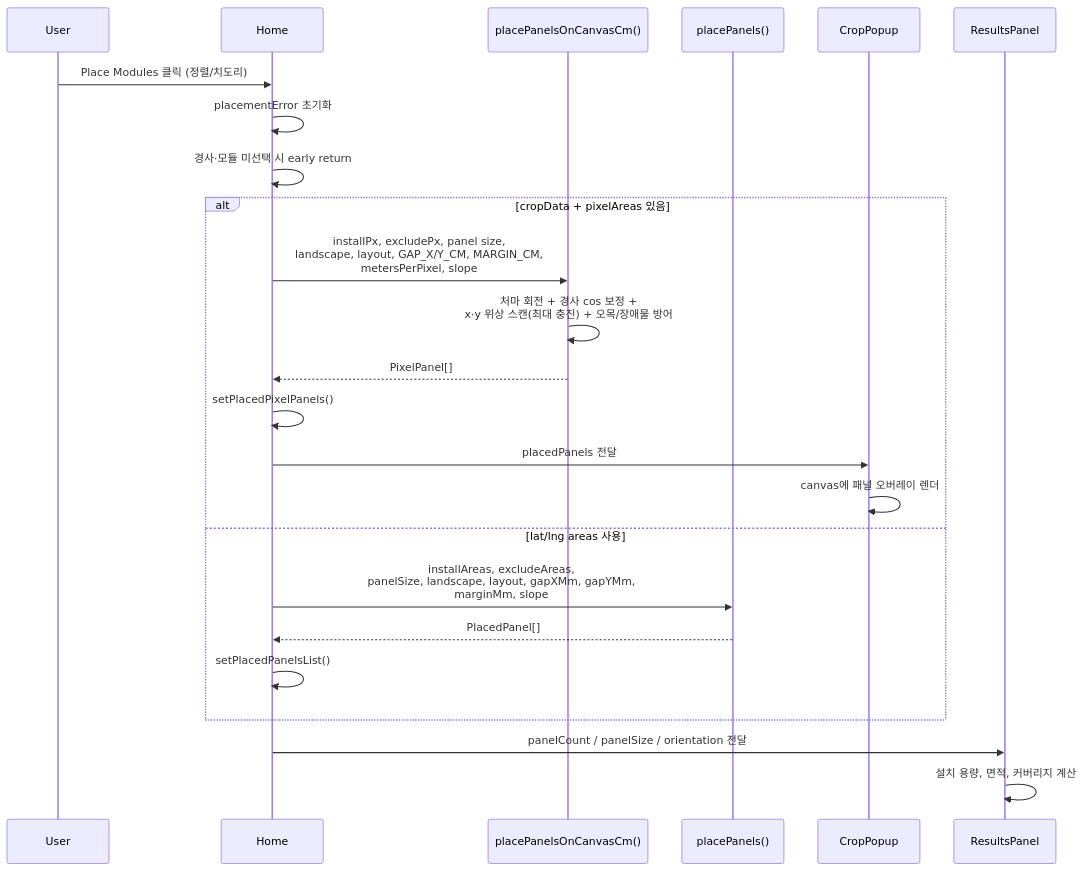
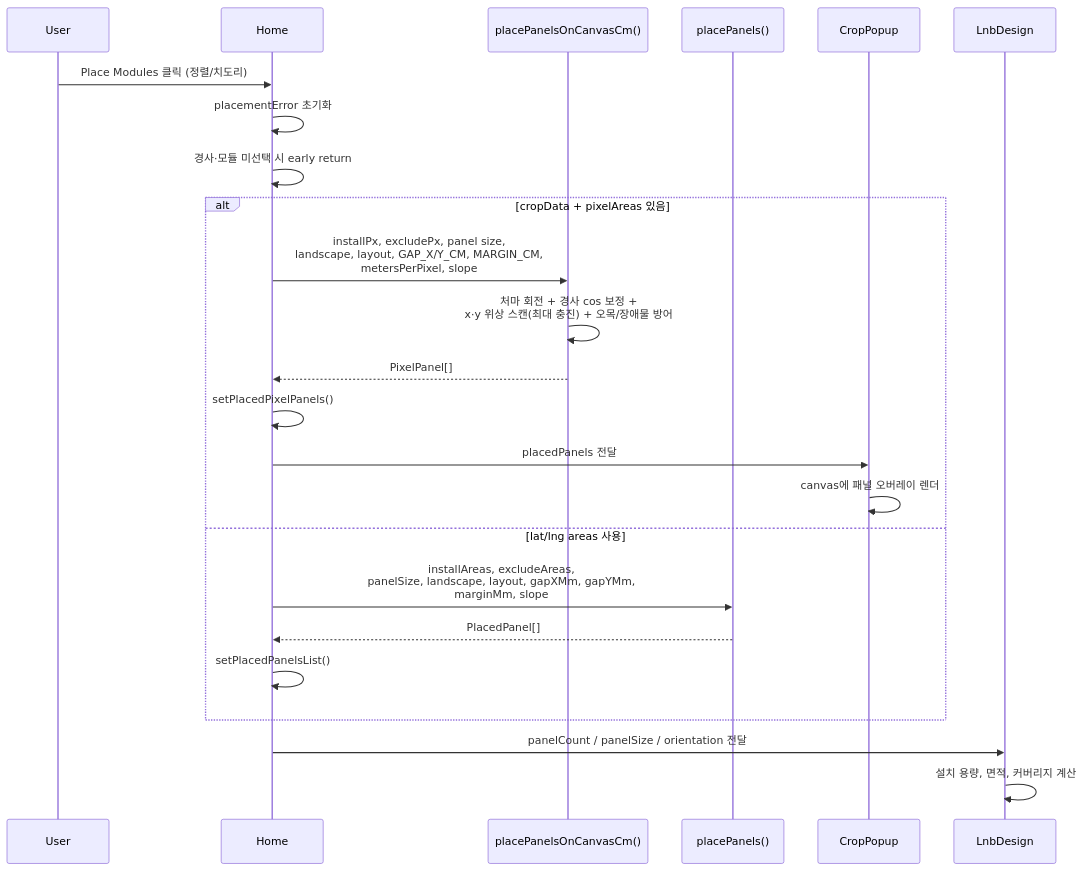
One commit to nalpari/solar-pv-system changed the sixth of 7 diagrams in docs/sequence-diagrams.md. Above: the diagram before and after it, drawn with Mermaid. The commit also changed other lines of this file and 5 other files, not shown here.

````diff
--- a/docs/sequence-diagrams.md
+++ b/docs/sequence-diagrams.md
@@ -128,29 +128,29 @@
 ```mermaid
 sequenceDiagram
     participant U as User
     participant H as Home
     participant PC as placePanelsOnCanvasCm()
     participant PL as placePanels()
     participant CP as CropPopup
-    participant RP as ResultsPanel
+    participant RP as LnbDesign
 
     U->>H: Place Modules 클릭 (정렬/치도리)
     H->>H: placementError 초기화
     H->>H: 경사·모듈 미선택 시 early return
 
     alt cropData + pixelAreas 있음
         H->>PC: installPx, excludePx, panel size,<br/>landscape, layout, GAP_X/Y_CM, MARGIN_CM,<br/>metersPerPixel, slope
         PC->>PC: 처마 회전 + 경사 cos 보정 +<br/>x·y 위상 스캔(최대 충진) + 오목/장애물 방어
         PC-->>H: PixelPanel[]
         H->>H: setPlacedPixelPanels()
         H->>CP: placedPanels 전달
         CP->>CP: canvas에 패널 오버레이 렌더
     else lat/lng areas 사용
         H->>PL: installAreas, excludeAreas,<br/>panelSize, landscape, layout, gapXMm, gapYMm,<br/>marginMm, slope
         PL-->>H: PlacedPanel[]
         H->>H: setPlacedPanelsList()
     end
 
     H->>RP: panelCount / panelSize / orientation 전달
     RP->>RP: 설치 용량, 면적, 커버리지 계산
 ```
````
